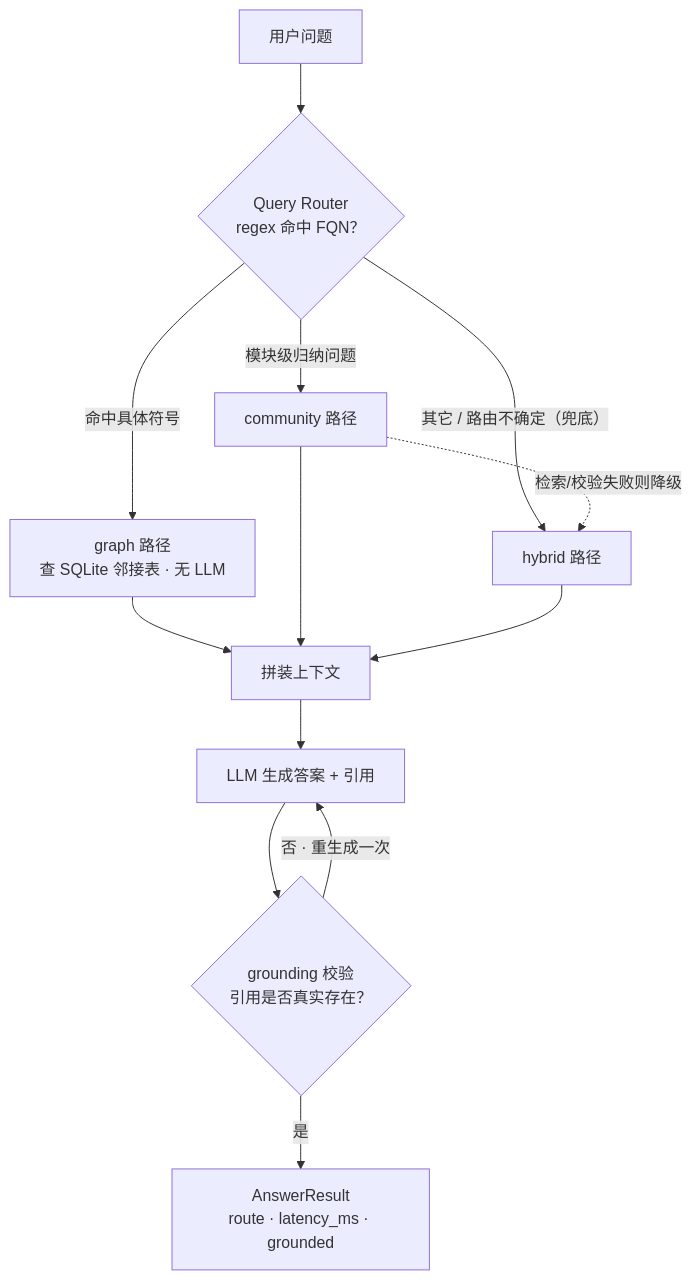
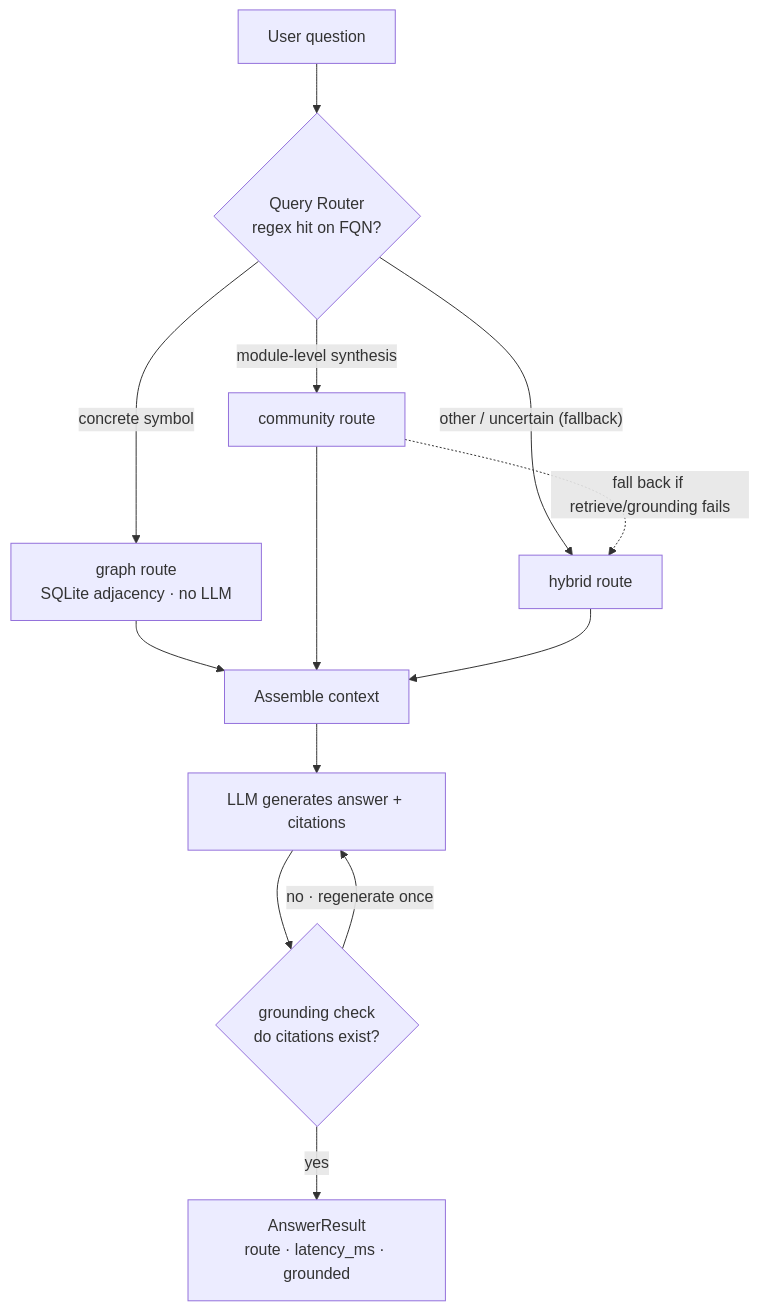
One commit to AndyUneducated/repo-sage changed the seventh of 11 diagrams in README.md. Above: the diagram before and after it, drawn with Mermaid. The commit also changed other lines of this file and 14 other files, not shown here.

````diff
--- a/README.md
+++ b/README.md
@@ -228,13 +228,13 @@
 ```mermaid
 flowchart TB
-  Q["用户问题"] --> Router{"Query Router<br/>regex 命中 FQN？"}
-  Router -->|"命中具体符号"| G["graph 路径<br/>查 SQLite 邻接表 · 无 LLM"]
-  Router -->|"模块级归纳问题"| Cm["community 路径"]
-  Router -->|"其它 / 路由不确定（兜底）"| H["hybrid 路径"]
-  Cm -. "检索/校验失败则降级" .-> H
-  G & Cm & H --> Ctx["拼装上下文"]
-  Ctx --> LLM["LLM 生成答案 + 引用"]
-  LLM --> V{"grounding 校验<br/>引用是否真实存在？"}
-  V -->|"否 · 重生成一次"| LLM
-  V -->|"是"| OUT["AnswerResult<br/>route · latency_ms · grounded"]
+  Q["User question"] --> Router{"Query Router<br/>regex hit on FQN?"}
+  Router -->|"concrete symbol"| G["graph route<br/>SQLite adjacency · no LLM"]
+  Router -->|"module-level synthesis"| Cm["community route"]
+  Router -->|"other / uncertain (fallback)"| H["hybrid route"]
+  Cm -. "fall back if retrieve/grounding fails" .-> H
+  G & Cm & H --> Ctx["Assemble context"]
+  Ctx --> LLM["LLM generates answer + citations"]
+  LLM --> V{"grounding check<br/>do citations exist?"}
+  V -->|"no · regenerate once"| LLM
+  V -->|"yes"| OUT["AnswerResult<br/>route · latency_ms · grounded"]
 ```
````
